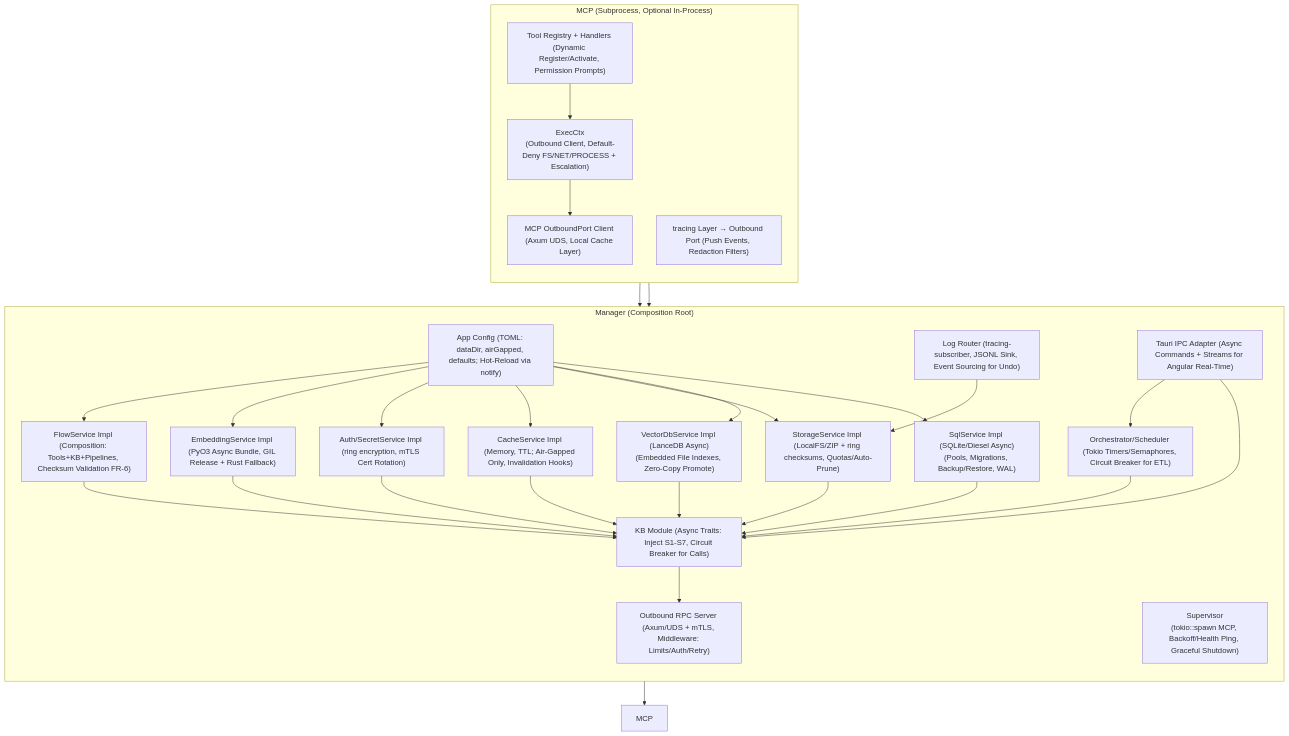
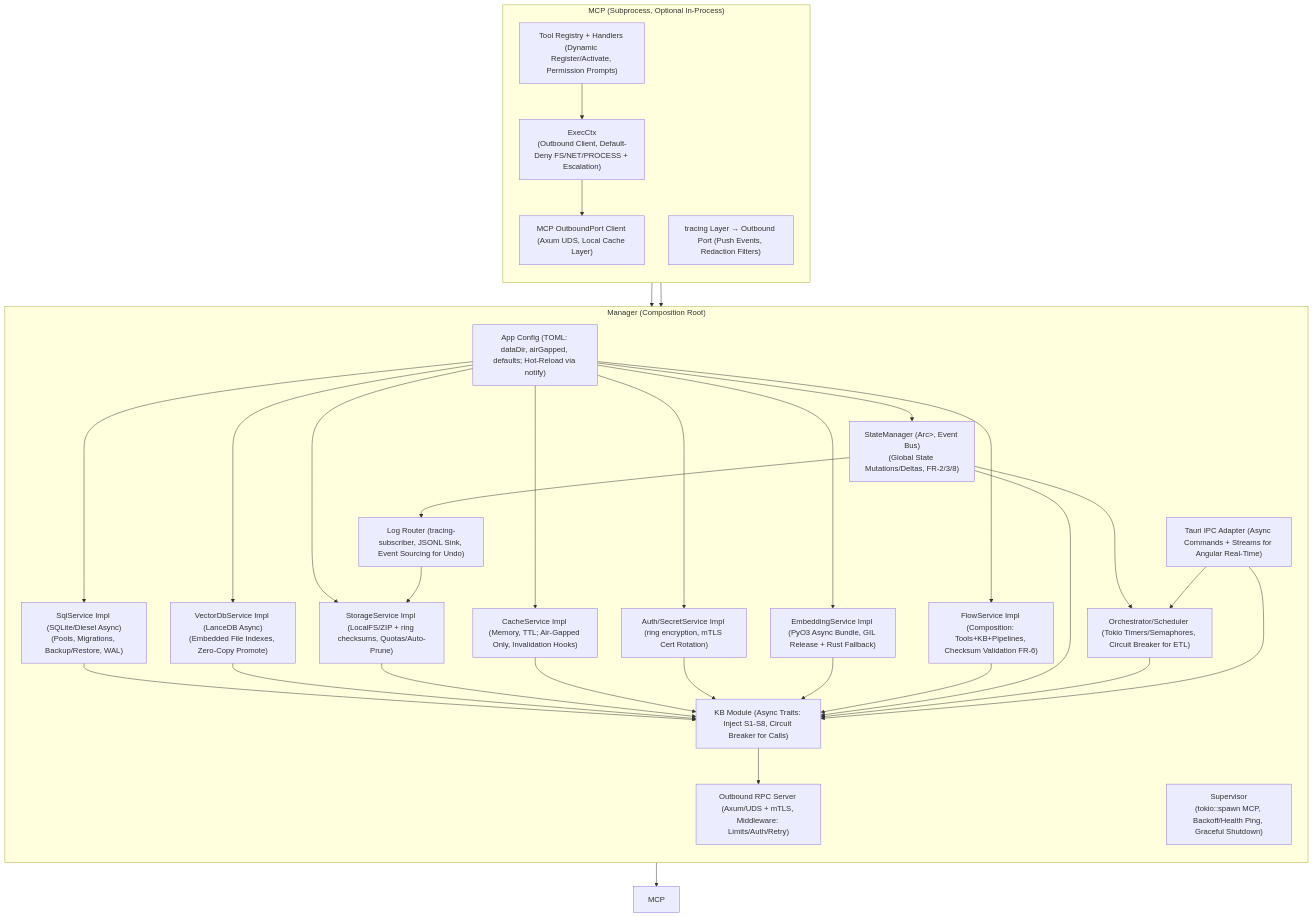
Before and after one commit to tamvcspk/rag-studio: the fourth of 4 diagrams in docs/CORE_DESIGN.md, drawn with Mermaid. The commit also changed other lines of this file, not shown here.

Commit message:
feat: Update CORE_DESIGN.md to include StateManager integration and enhance architecture details

````diff
--- a/docs/CORE_DESIGN.md
+++ b/docs/CORE_DESIGN.md
@@ -171,58 +185,64 @@
 ```mermaid
 graph TB
   subgraph "Manager (Composition Root)"
     direction TB
     Cfg["App Config (TOML: dataDir, airGapped, defaults; Hot-Reload via notify)"]
     S1["SqlService Impl (SQLite/Diesel Async)<br />(Pools, Migrations, Backup/Restore, WAL)"]
     S2["VectorDbService Impl (LanceDB Async)<br />(Embedded File Indexes, Zero-Copy Promote)"]
     S3["StorageService Impl (LocalFS/ZIP + ring checksums, Quotas/Auto-Prune)"]
     S4["CacheService Impl (Memory, TTL; Air-Gapped Only, Invalidation Hooks)"]
     S5["Auth/SecretService Impl (ring encryption, mTLS Cert Rotation)"]
     S6["EmbeddingService Impl (PyO3 Async Bundle, GIL Release + Rust Fallback)"]
     S7["FlowService Impl (Composition: Tools+KB+Pipelines, Checksum Validation FR-6)"]
-    KBMod["KB Module (Async Traits: Inject S1-S7, Circuit Breaker for Calls)"]
+    S8["StateManager (Arc<RwLock<AppState>>, Event Bus)<br />(Global State Mutations/Deltas, FR-2/3/8)"]
+    KBMod["KB Module (Async Traits: Inject S1-S8, Circuit Breaker for Calls)"]
     ORPC["Outbound RPC Server (Axum/UDS + mTLS, Middleware: Limits/Auth/Retry)"]
     ORCH["Orchestrator/Scheduler (Tokio Timers/Semaphores, Circuit Breaker for ETL)"]
     LOGR["Log Router (tracing-subscriber, JSONL Sink, Event Sourcing for Undo)"]
     SUP["Supervisor<br />(tokio::spawn MCP, Backoff/Health Ping, Graceful Shutdown)"]
     UI["Tauri IPC Adapter (Async Commands + Streams for Angular Real-Time)"]
   end
 
   subgraph "MCP (Subprocess, Optional In-Process)"
     direction TB
     Tools["Tool Registry + Handlers (Dynamic Register/Activate, Permission Prompts)"]
     Ctx["ExecCtx<br />(Outbound Client, Default-Deny FS/NET/PROCESS + Escalation)"]
     ORPCC["MCP OutboundPort Client (Axum UDS, Local Cache Layer)"]
     LOGM["tracing Layer → Outbound Port (Push Events, Redaction Filters)"]
   end
 
   %% DI injections
   Cfg --> S1
   Cfg --> S2
   Cfg --> S3
   Cfg --> S4
   Cfg --> S5
   Cfg --> S6
   Cfg --> S7
+  Cfg --> S8
   S1 --> KBMod
   S2 --> KBMod
   S3 --> KBMod
   S4 --> KBMod
   S5 --> KBMod
   S6 --> KBMod
   S7 --> KBMod
+  S8 --> KBMod
+  S8 --> ORCH
+  S8 --> LOGR
   KBMod --> ORPC
   ORCH --> KBMod
   LOGR --> S3
   SUP --> MCP
   Tools --> Ctx
   Ctx --> ORPCC
   ORPCC --> ORPC
   LOGM --> ORPC
   UI --> KBMod
   UI --> ORCH
   %% Comments
   %% Hot-reload via notify crate for config updates
   %% Circuit breaker (tower) for resilience
   %% Async traits (async_trait) for non-blocking DI
+  %% StateManager injected for shared read/write
 ```
````
